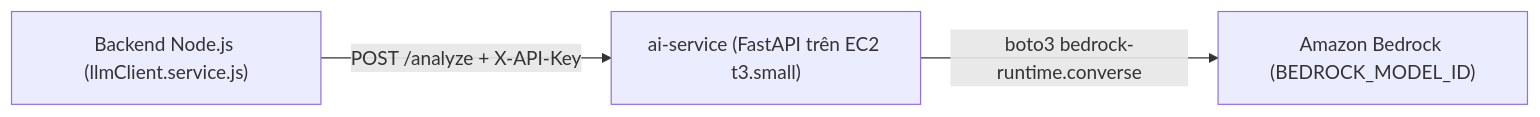
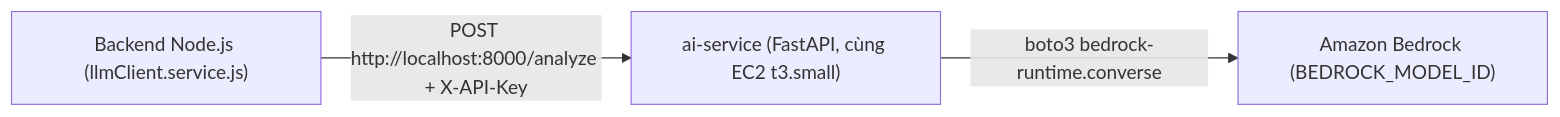
One commit to USThienPhu/ViAnTam changed the diagram in docs/aws-llm-service-spec.md. Above: the diagram before and after it, drawn with Mermaid. The commit also changed other lines of this file and 4 other files, not shown here.

````diff
--- a/docs/aws-llm-service-spec.md
+++ b/docs/aws-llm-service-spec.md
@@ -8,5 +8,5 @@
 ```mermaid
 flowchart LR
-    BE["Backend Node.js (llmClient.service.js)"] -->|"POST /analyze + X-API-Key"| AIS["ai-service (FastAPI trên EC2 t3.small)"]
+    BE["Backend Node.js (llmClient.service.js)"] -->|"POST http://localhost:8000/analyze + X-API-Key"| AIS["ai-service (FastAPI, cùng EC2 t3.small)"]
     AIS -->|"boto3 bedrock-runtime.converse"| BR["Amazon Bedrock (BEDROCK_MODEL_ID)"]
 ```
````
